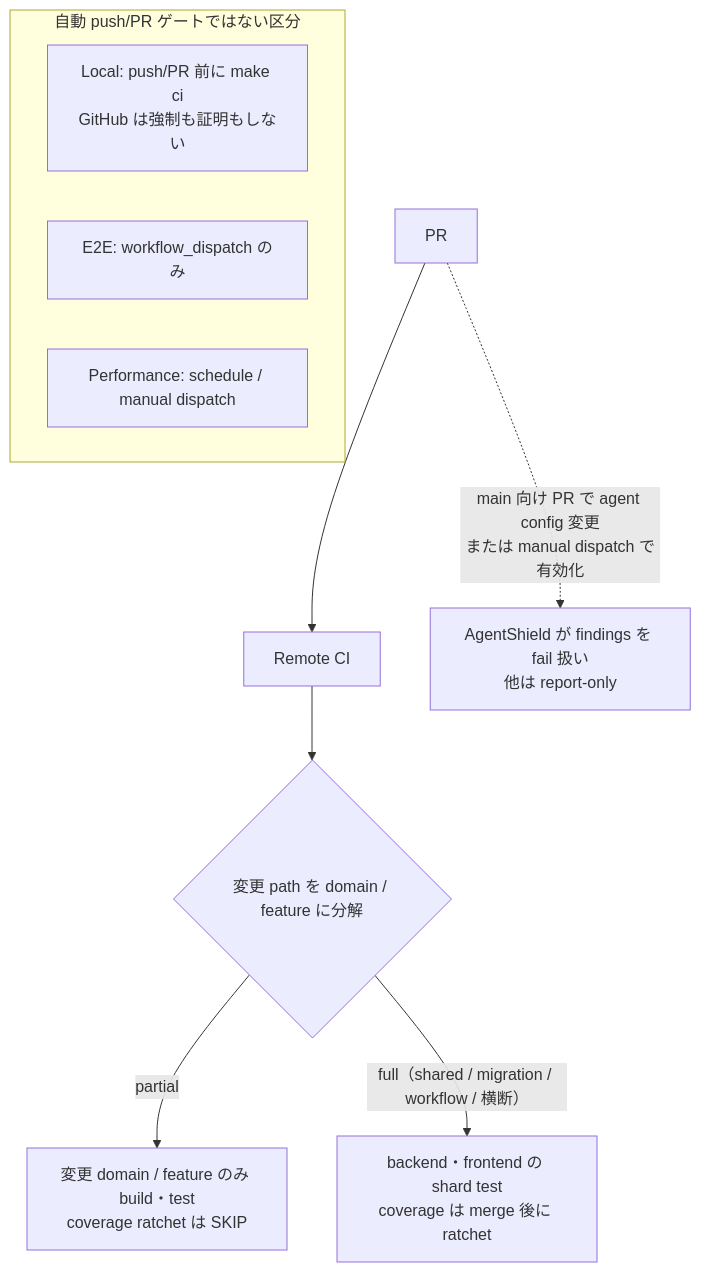
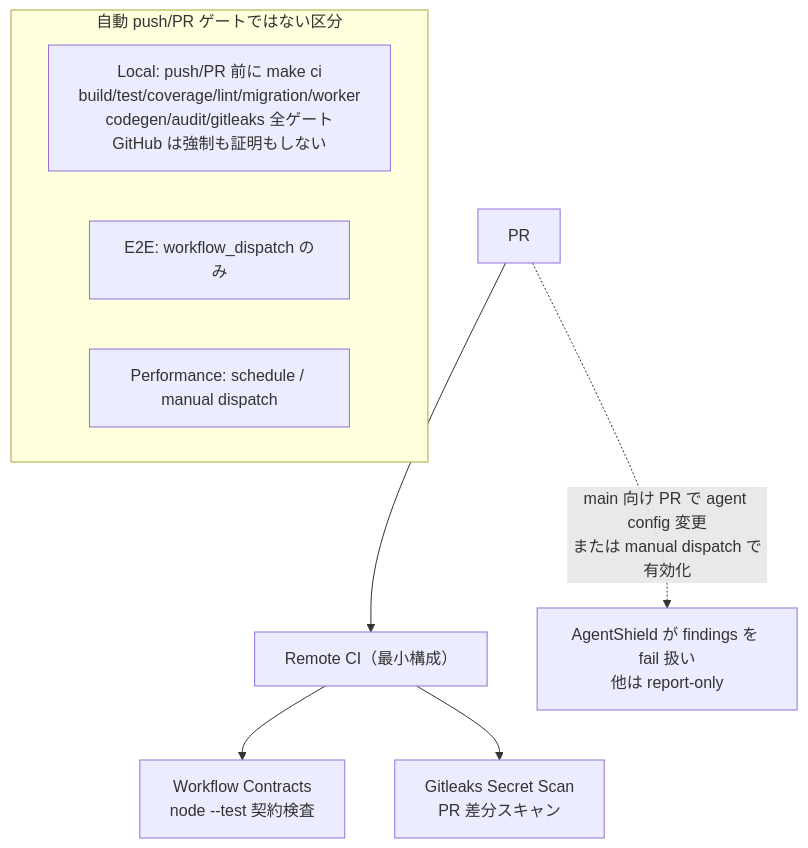
Before and after one commit to MinoruSoga/AnimalEkarte: the diagram in docs/ops/ci-policy.md, drawn with Mermaid. The commit also changed other lines of this file and 7 other files, not shown here.

First line of the commit message:
ci: remote CI を最小構成にし実行ゲートを make ci へ集約

````diff
--- a/docs/ops/ci-policy.md
+++ b/docs/ops/ci-policy.md
@@ -17,13 +17,12 @@
 ```mermaid
 flowchart TB
-    Push["PR"] --> Remote["Remote CI"]
-    Remote --> Scope{"変更 path を domain / feature に分解"}
-    Scope -->|"partial"| P["変更 domain / feature のみ build・test<br/>coverage ratchet は SKIP"]
-    Scope -->|"full（shared / migration / workflow / 横断）"| F["backend・frontend の shard test<br/>coverage は merge 後に ratchet"]
+    Push["PR"] --> Remote["Remote CI（最小構成）"]
+    Remote --> WC["Workflow Contracts<br/>node --test 契約検査"]
+    Remote --> GL["Gitleaks Secret Scan<br/>PR 差分スキャン"]
     Push -.->|"main 向け PR で agent config 変更<br/>または manual dispatch で有効化"| AS["AgentShield が findings を fail 扱い<br/>他は report-only"]
     subgraph NonAuto["自動 push/PR ゲートではない区分"]
-        L["Local: push/PR 前に make ci<br/>GitHub は強制も証明もしない"]
+        L["Local: push/PR 前に make ci<br/>build/test/coverage/lint/migration/worker<br/>codegen/audit/gitleaks 全ゲート<br/>GitHub は強制も証明もしない"]
         E["E2E: workflow_dispatch のみ"]
         Perf["Performance: schedule / manual dispatch"]
     end
 ```
````
